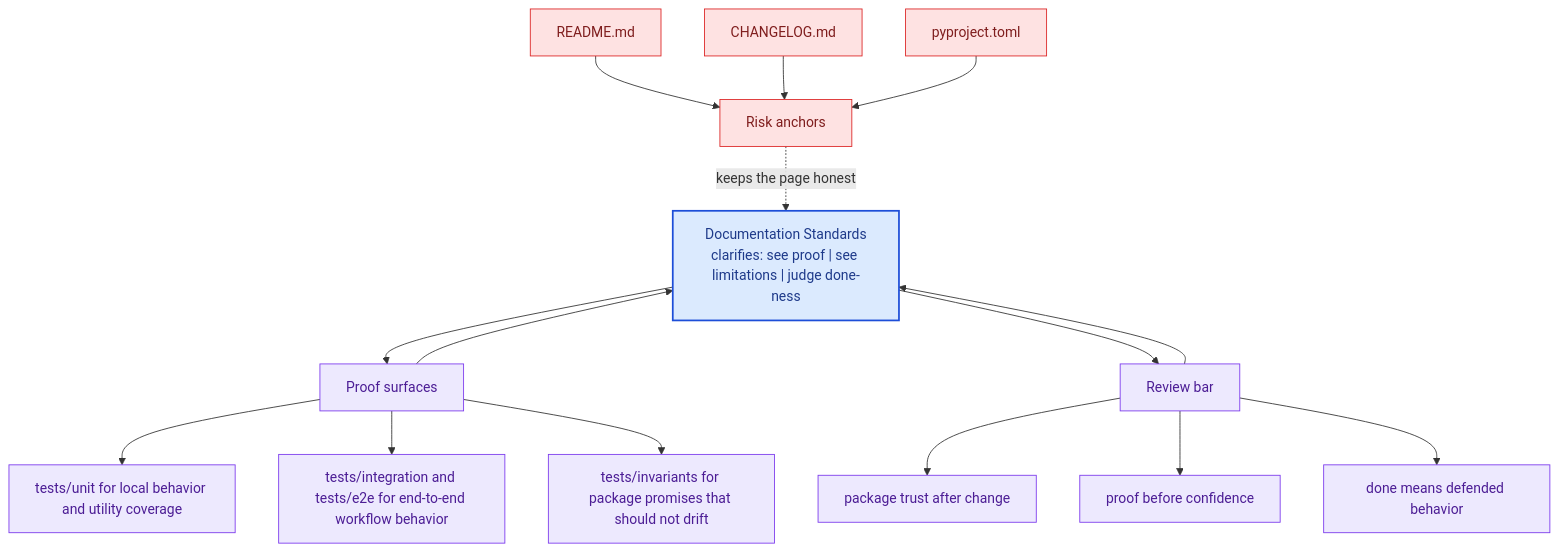
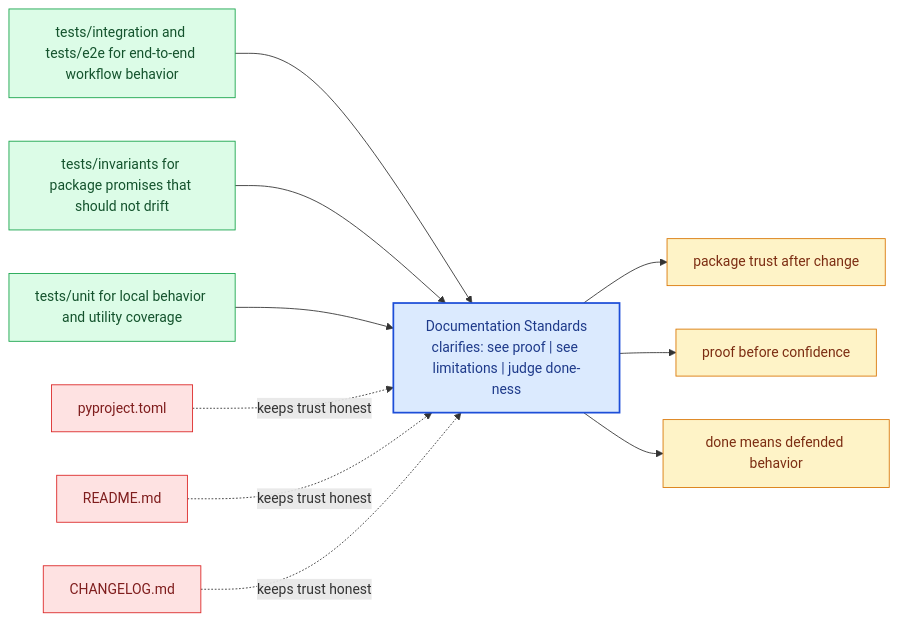
One commit to bijux/bijux-canon changed the diagram in docs/bijux-canon-agent/quality/documentation-standards.md. Above: the diagram before and after it, drawn with Mermaid. The commit also changed other lines of this file and 281 other files, not shown here.

Commit message:
docs(diagrams): replace repeated mermaid scaffolds with page-specific summaries

````diff
--- a/docs/bijux-canon-agent/quality/documentation-standards.md
+++ b/docs/bijux-canon-agent/quality/documentation-standards.md
@@ -67,41 +22,31 @@
 ```mermaid
-flowchart TB
-    promise["Documentation Standards<br/>clarifies: see proof | see limitations | judge done-ness"]
-    classDef promise fill:#dbeafe,stroke:#1d4ed8,color:#1e3a8a,stroke-width:2px;
-    classDef driver fill:#dcfce7,stroke:#16a34a,color:#14532d;
-    classDef constraint fill:#fee2e2,stroke:#dc2626,color:#7f1d1d;
-    classDef ground fill:#ede9fe,stroke:#7c3aed,color:#4c1d95;
-    focus1["Proof surfaces"]
-    focus1 --> promise
-    promise --> focus1
-    focus1_1["tests/unit for local behavior and utility coverage"]
-    focus1 --> focus1_1
-    focus1_2["tests/integration and tests/e2e for end-to-end workflow behavior"]
-    focus1 --> focus1_2
-    focus1_3["tests/invariants for package promises that should not drift"]
-    focus1 --> focus1_3
-    class focus1 ground;
-    class focus1_1,focus1_2,focus1_3 ground;
-    focus2["Risk anchors"]
-    focus2 -.keeps the page honest.-> promise
-    focus2_1["README.md"]
-    focus2_1 --> focus2
-    focus2_2["CHANGELOG.md"]
-    focus2_2 --> focus2
-    focus2_3["pyproject.toml"]
-    focus2_3 --> focus2
-    class focus2 constraint;
-    class focus2_1,focus2_2,focus2_3 constraint;
-    focus3["Review bar"]
-    focus3 --> promise
-    promise --> focus3
-    focus3_1["package trust after change"]
-    focus3 --> focus3_1
-    focus3_2["proof before confidence"]
-    focus3 --> focus3_2
-    focus3_3["done means defended behavior"]
-    focus3 --> focus3_3
-    class focus3 ground;
-    class focus3_1,focus3_2,focus3_3 ground;
-    class promise promise;
+flowchart LR
+    page["Documentation Standards<br/>clarifies: see proof | see limitations | judge done-ness"]
+    classDef page fill:#dbeafe,stroke:#1d4ed8,color:#1e3a8a,stroke-width:2px;
+    classDef positive fill:#dcfce7,stroke:#16a34a,color:#14532d;
+    classDef caution fill:#fee2e2,stroke:#dc2626,color:#7f1d1d;
+    classDef anchor fill:#ede9fe,stroke:#7c3aed,color:#4c1d95;
+    classDef action fill:#fef3c7,stroke:#d97706,color:#7c2d12;
+    proof1["tests/integration and tests/e2e for end-to-end workflow behavior"]
+    proof1 --> page
+    proof2["tests/invariants for package promises that should not drift"]
+    proof2 --> page
+    proof3["tests/unit for local behavior and utility coverage"]
+    proof3 --> page
+    risk1["pyproject.toml"]
+    risk1 -.keeps trust honest.-> page
+    risk2["README.md"]
+    risk2 -.keeps trust honest.-> page
+    risk3["CHANGELOG.md"]
+    risk3 -.keeps trust honest.-> page
+    bar1["package trust after change"]
+    page --> bar1
+    bar2["proof before confidence"]
+    page --> bar2
+    bar3["done means defended behavior"]
+    page --> bar3
+    class page page;
+    class proof1,proof2,proof3 positive;
+    class risk1,risk2,risk3 caution;
+    class bar1,bar2,bar3 action;
 ```
````
